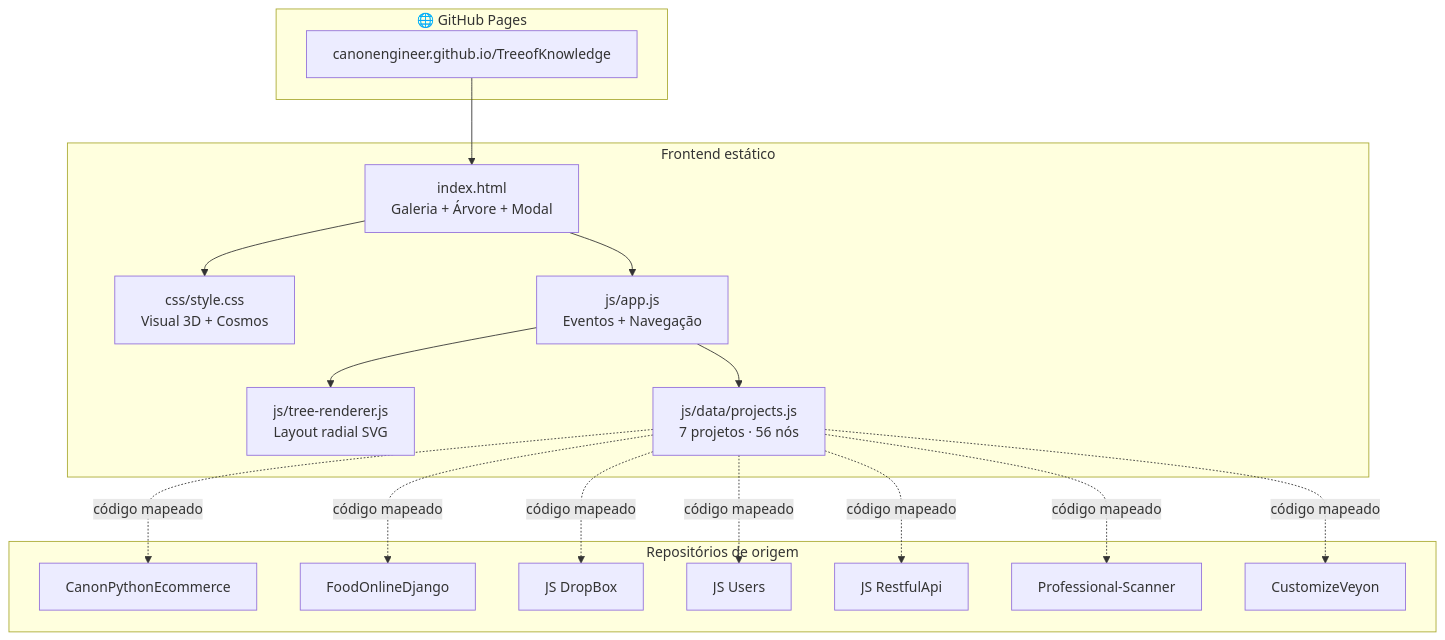
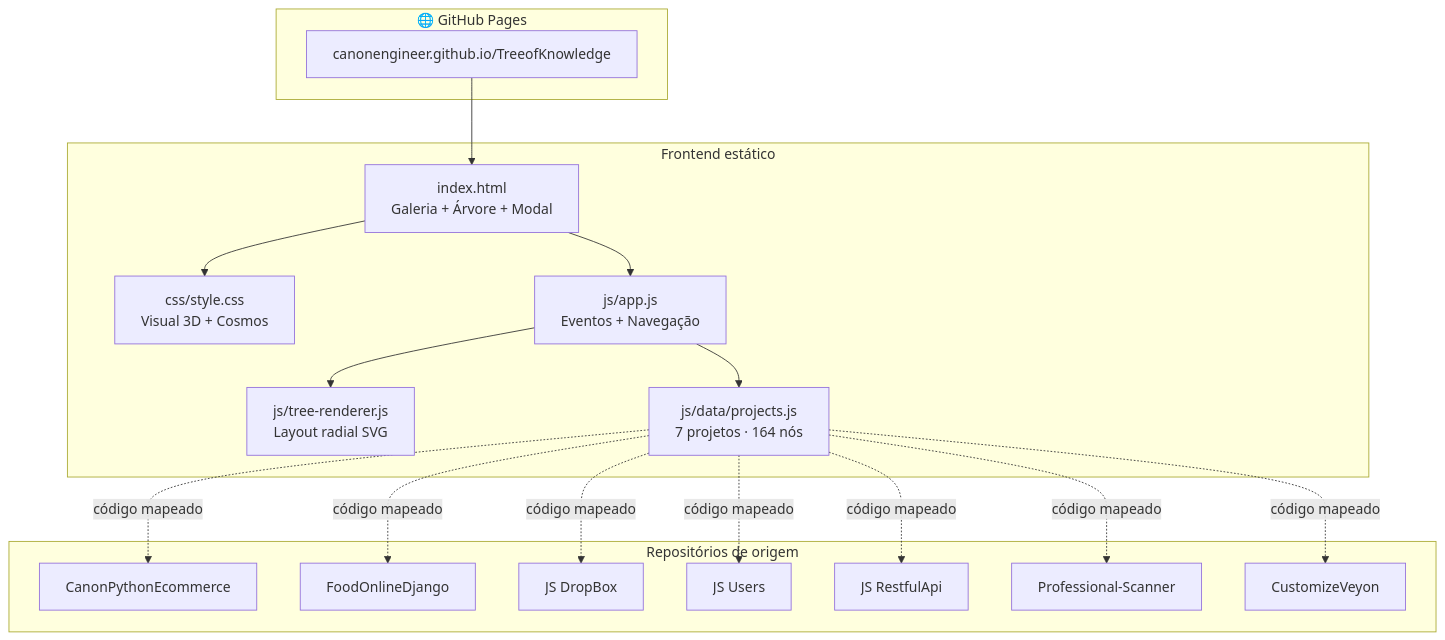
One commit to CanonEngineer/TreeofKnowledge changed the first of 5 diagrams in README.md. Above: the diagram before and after it, drawn with Mermaid. The commit also changed other lines of this file and 5 other files, not shown here.

````diff
--- a/README.md
+++ b/README.md
@@ -122,37 +122,37 @@
 ```mermaid
 flowchart TB
     subgraph PAGES["🌐 GitHub Pages"]
         URL["canonengineer.github.io/TreeofKnowledge"]
     end
 
     subgraph FRONT["Frontend estático"]
         HTML["index.html<br/>Galeria + Árvore + Modal"]
         CSS["css/style.css<br/>Visual 3D + Cosmos"]
         APP["js/app.js<br/>Eventos + Navegação"]
         RENDER["js/tree-renderer.js<br/>Layout radial SVG"]
-        DATA["js/data/projects.js<br/>7 projetos · 56 nós"]
+        DATA["js/data/projects.js<br/>7 projetos · 164 nós"]
     end
 
     subgraph PROJ["Repositórios de origem"]
         P1["CanonPythonEcommerce"]
         P2["FoodOnlineDjango"]
         P3["JS DropBox"]
         P4["JS Users"]
         P5["JS RestfulApi"]
         P6["Professional-Scanner"]
         P7["CustomizeVeyon"]
     end
 
     URL --> HTML
     HTML --> CSS
     HTML --> APP
     APP --> RENDER
     APP --> DATA
     DATA -.->|código mapeado| P1
     DATA -.->|código mapeado| P2
     DATA -.->|código mapeado| P3
     DATA -.->|código mapeado| P4
     DATA -.->|código mapeado| P5
     DATA -.->|código mapeado| P6
     DATA -.->|código mapeado| P7
 ```
````
